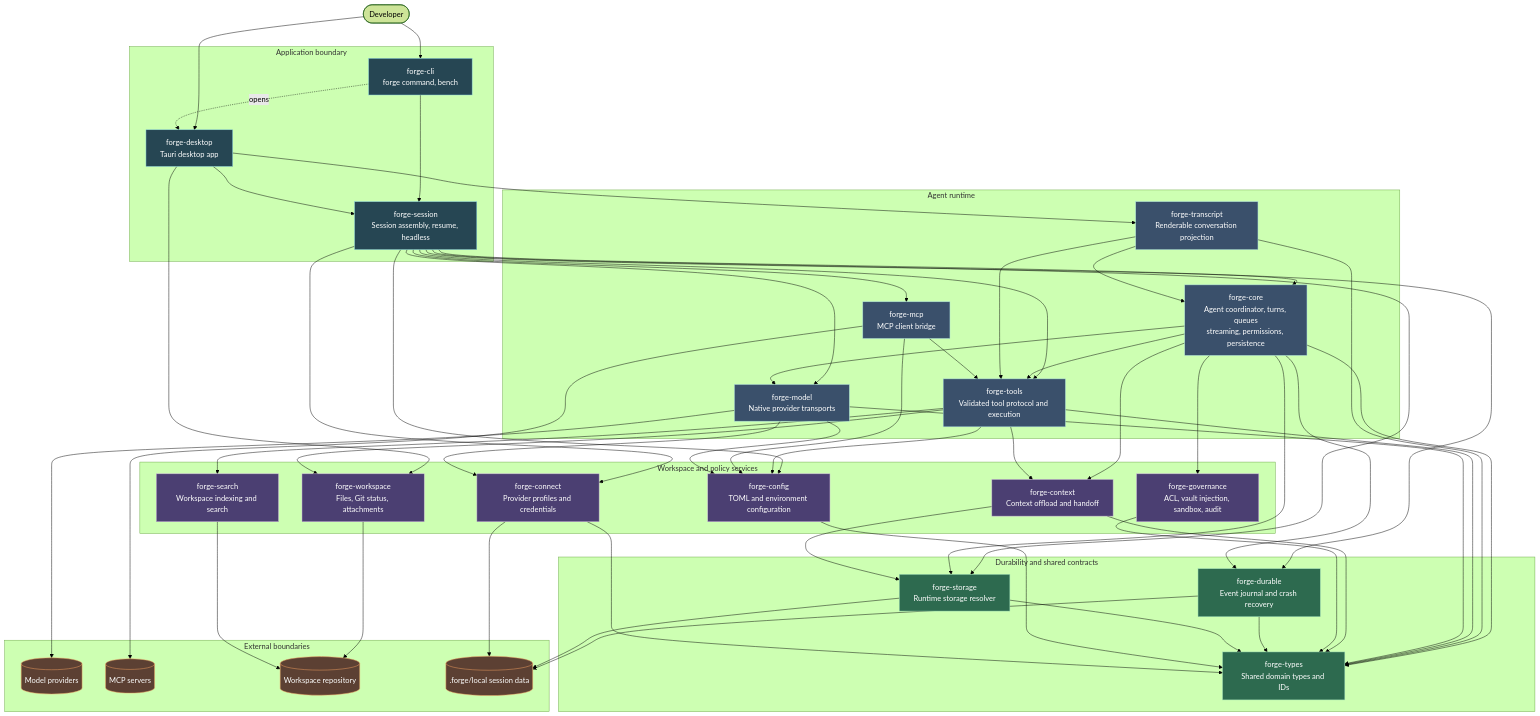
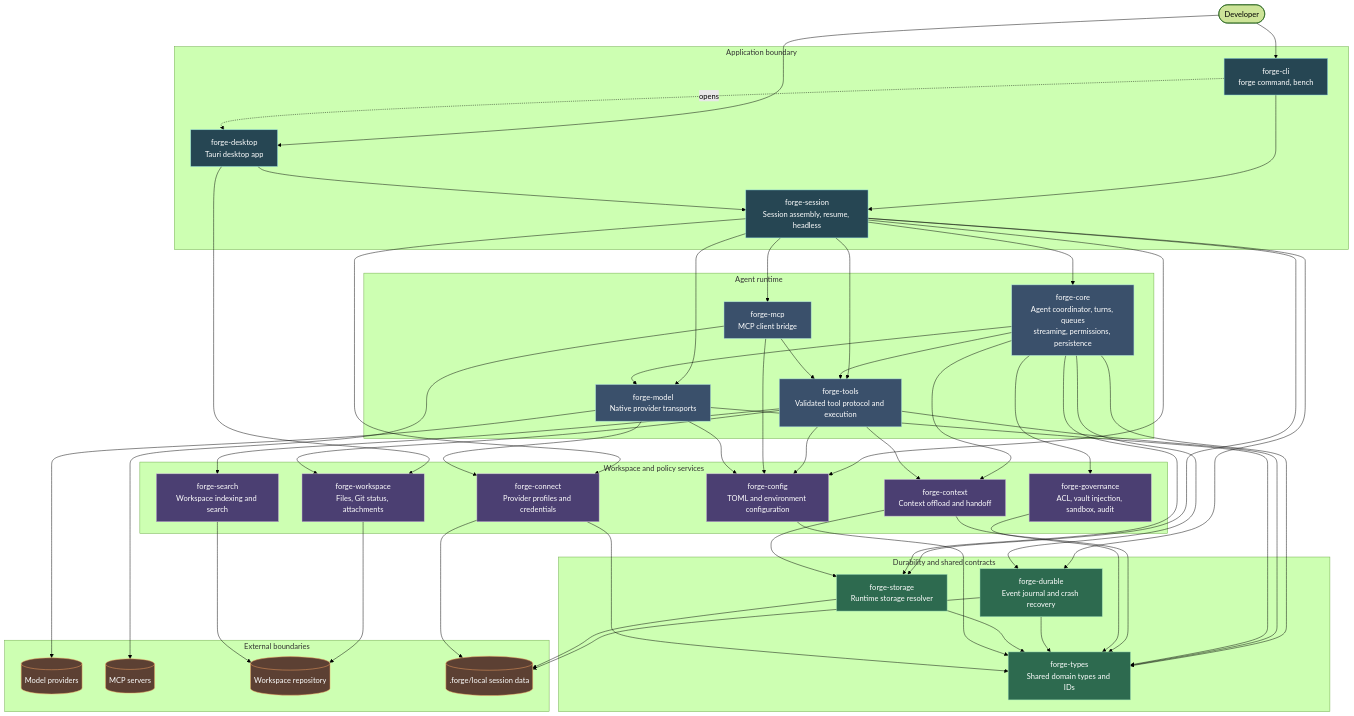
Before and after one commit to NorviaLabs/forge: the diagram in ARCHITECTURE.md, drawn with Mermaid (forest theme). The commit also changed 18 other files, not shown here.

First line of the commit message:
refactor: remove forge-transcript and the unused approval commands

```diff
--- a/ARCHITECTURE.md
+++ b/ARCHITECTURE.md
@@ -13,7 +13,6 @@
 
     subgraph runtime[Agent runtime]
         core[forge-core\nAgent coordinator, turns, queues\nstreaming, permissions, persistence]
-        transcript[forge-transcript\nRenderable conversation projection]
         tools[forge-tools\nValidated tool protocol and execution]
         mcp[forge-mcp\nMCP client bridge]
         model[forge-model\nNative provider transports]
@@ -46,7 +45,6 @@
     cli -. opens .-> desktop
     cli --> session
     desktop --> session
-    desktop --> transcript
     desktop --> workspace
     session --> core
     session --> config
@@ -64,9 +62,6 @@
     core --> durable
     core --> storage
     core --> types
-    transcript --> core
-    transcript --> tools
-    transcript --> types
 
     tools --> search
     tools --> context
@@ -101,7 +96,7 @@
     classDef external fill:#5c4033,stroke:#f4a261,color:#fff
 
     class desktop,cli,session entry
-    class core,transcript,tools,mcp,model runtime
+    class core,tools,mcp,model runtime
     class context,workspace,search,governance,connect,config service
     class durable,storage,types data
     class providers,mcpservers,repo,local external
```
